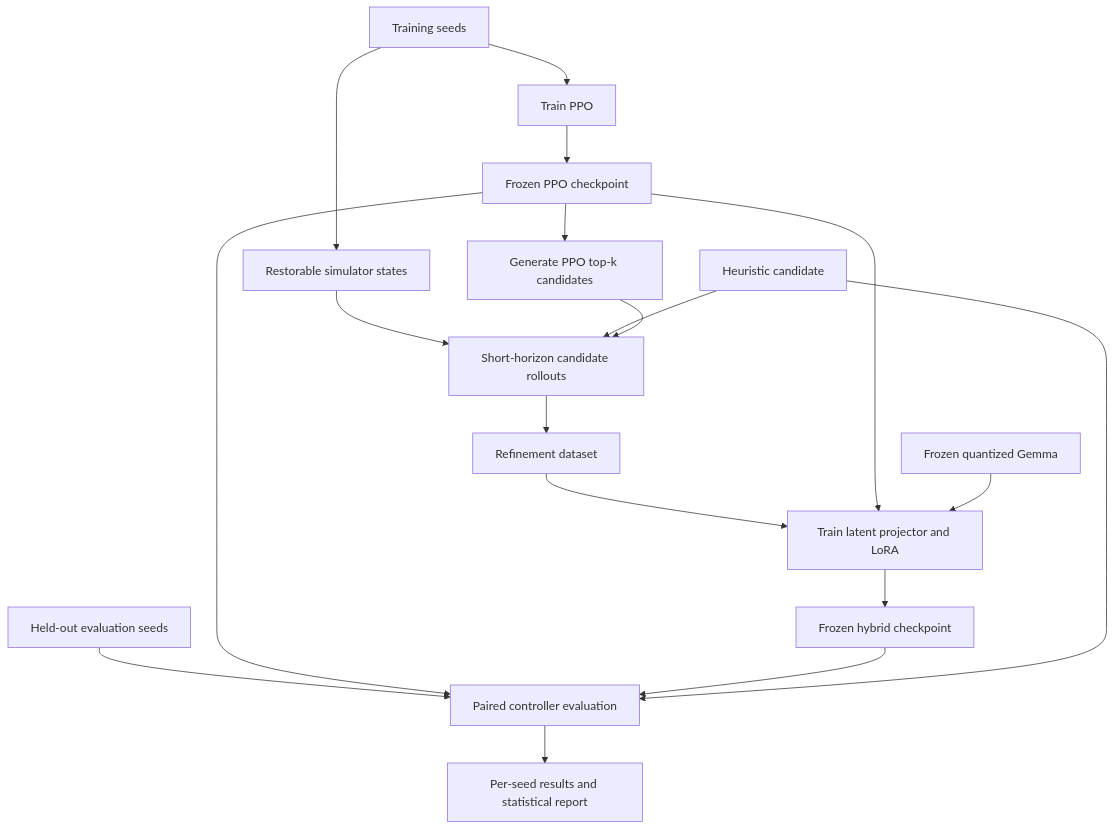
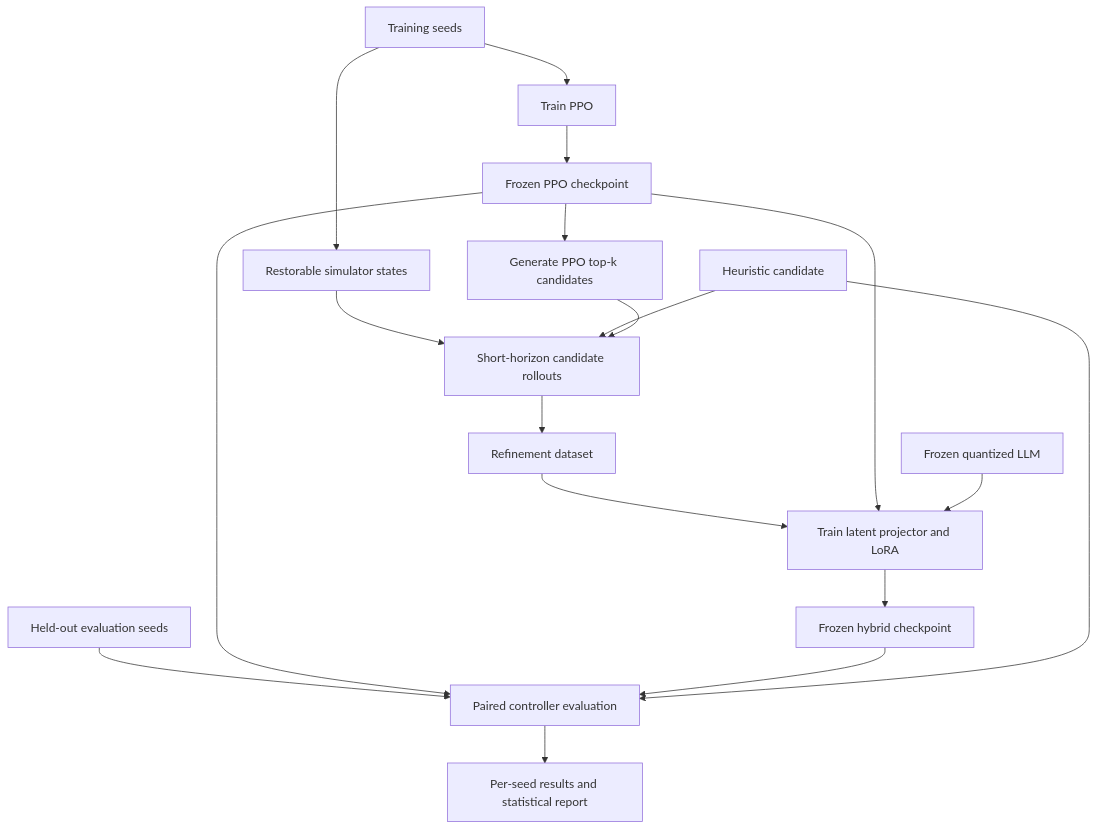
Before and after one commit to Aesta1111/auto_warehouse_management: the second of 3 diagrams in docs/ARCHITECTURE.md, drawn with Mermaid. The commit also changed other lines of this file and 9 other files, not shown here.

````diff
--- a/docs/ARCHITECTURE.md
+++ b/docs/ARCHITECTURE.md
@@ -38,20 +38,20 @@
 ```mermaid
 flowchart TD
     T[Training seeds] --> PT[Train PPO]
     PT --> PC[Frozen PPO checkpoint]
     PC --> PG[Generate PPO top-k candidates]
     T --> ES[Restorable simulator states]
     ES --> RG[Short-horizon candidate rollouts]
     HG[Heuristic candidate] --> RG
     PG --> RG
     RG --> DS[Refinement dataset]
     DS --> HT[Train latent projector and LoRA]
     PC --> HT
-    BM[Frozen quantized Gemma] --> HT
+    BM[Frozen quantized LLM] --> HT
     HT --> HC[Frozen hybrid checkpoint]
     EV[Held-out evaluation seeds] --> CE[Paired controller evaluation]
     PC --> CE
     HC --> CE
     HG --> CE
     CE --> RR[Per-seed results and statistical report]
 ```
````
